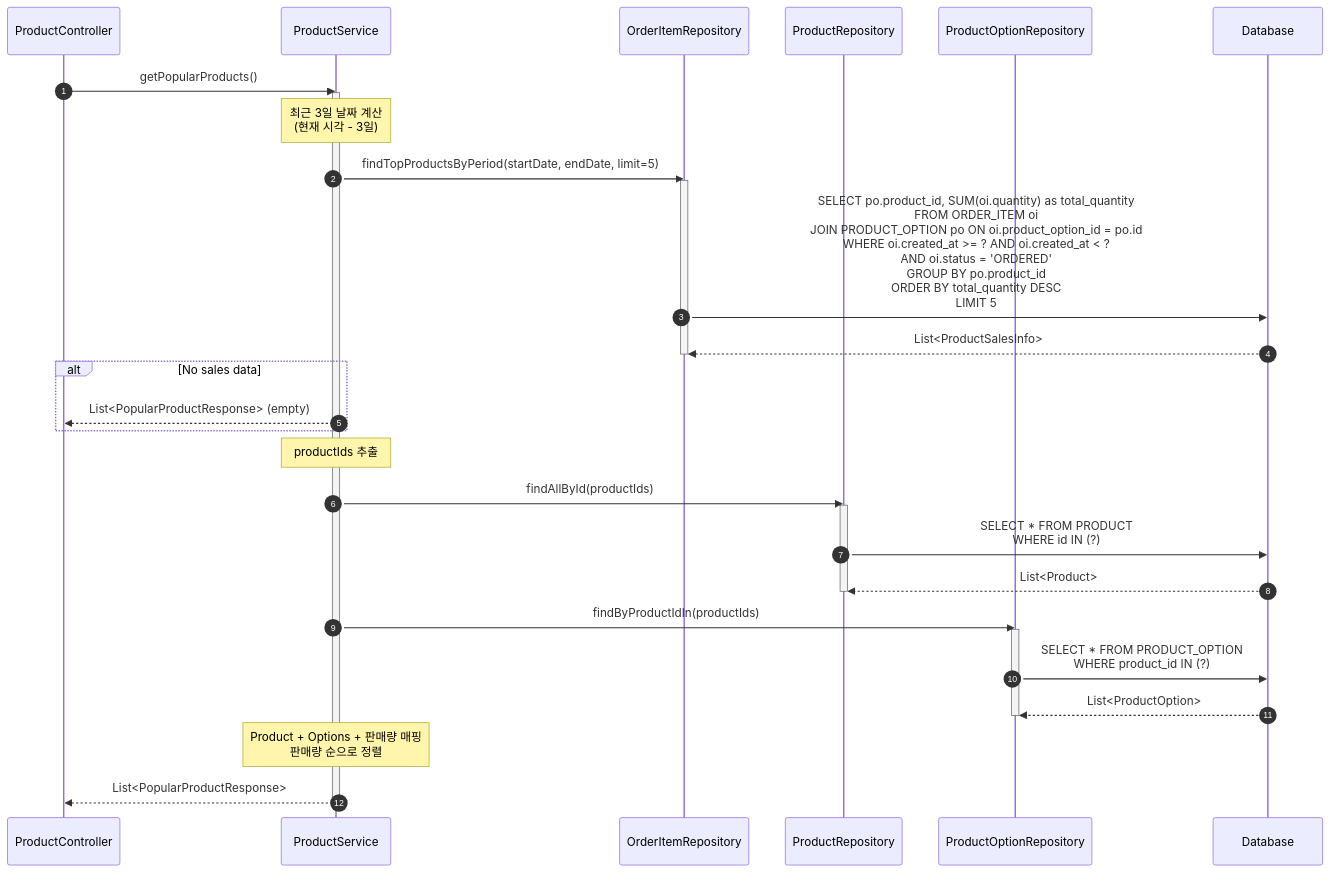
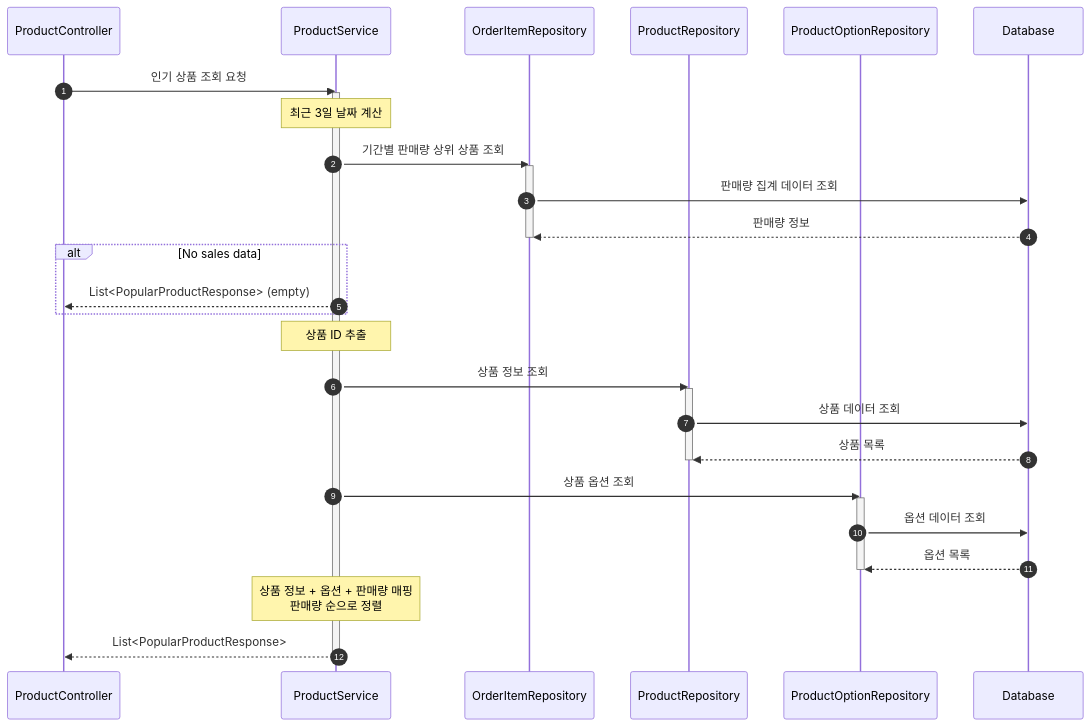
Before and after one commit to hye-ung97/hh-e-commerce: the third of 16 diagrams in docs/api/api-specification.md, drawn with Mermaid. The commit also changed other lines of this file, not shown here.

Commit message:
fix: 시퀀스 다이어그램에서 함수 이름 -> 설명으로 변경

````diff
--- a/docs/api/api-specification.md
+++ b/docs/api/api-specification.md
@@ -159,44 +159,44 @@
 ```mermaid
 sequenceDiagram
     autonumber
     participant C as ProductController
     participant S as ProductService
     participant OIR as OrderItemRepository
     participant PR as ProductRepository
     participant POR as ProductOptionRepository
     participant DB as Database
 
-    C->>S: getPopularProducts()
+    C->>S: 인기 상품 조회 요청
     activate S
 
-    Note over S: 최근 3일 날짜 계산<br/>(현재 시각 - 3일)
+    Note over S: 최근 3일 날짜 계산
 
-    S->>OIR: findTopProductsByPeriod(startDate, endDate, limit=5)
+    S->>OIR: 기간별 판매량 상위 상품 조회
     activate OIR
-    OIR->>DB: SELECT po.product_id, SUM(oi.quantity) as total_quantity<br/>FROM ORDER_ITEM oi<br/>JOIN PRODUCT_OPTION po ON oi.product_option_id = po.id<br/>WHERE oi.created_at >= ? AND oi.created_at < ?<br/>AND oi.status = 'ORDERED'<br/>GROUP BY po.product_id<br/>ORDER BY total_quantity DESC<br/>LIMIT 5
-    DB-->>OIR: List<ProductSalesInfo>
+    OIR->>DB: 판매량 집계 데이터 조회
+    DB-->>OIR: 판매량 정보
     deactivate OIR
 
     alt No sales data
         S-->>C: List<PopularProductResponse> (empty)
     end
 
-    Note over S: productIds 추출
+    Note over S: 상품 ID 추출
 
-    S->>PR: findAllById(productIds)
+    S->>PR: 상품 정보 조회
     activate PR
-    PR->>DB: SELECT * FROM PRODUCT<br/>WHERE id IN (?)
-    DB-->>PR: List<Product>
+    PR->>DB: 상품 데이터 조회
+    DB-->>PR: 상품 목록
     deactivate PR
 
-    S->>POR: findByProductIdIn(productIds)
+    S->>POR: 상품 옵션 조회
     activate POR
-    POR->>DB: SELECT * FROM PRODUCT_OPTION<br/>WHERE product_id IN (?)
-    DB-->>POR: List<ProductOption>
+    POR->>DB: 옵션 데이터 조회
+    DB-->>POR: 옵션 목록
     deactivate POR
 
-    Note over S: Product + Options + 판매량 매핑<br/>판매량 순으로 정렬
+    Note over S: 상품 정보 + 옵션 + 판매량 매핑<br/>판매량 순으로 정렬
 
     S-->>C: List<PopularProductResponse>
     deactivate S
 ```
````
